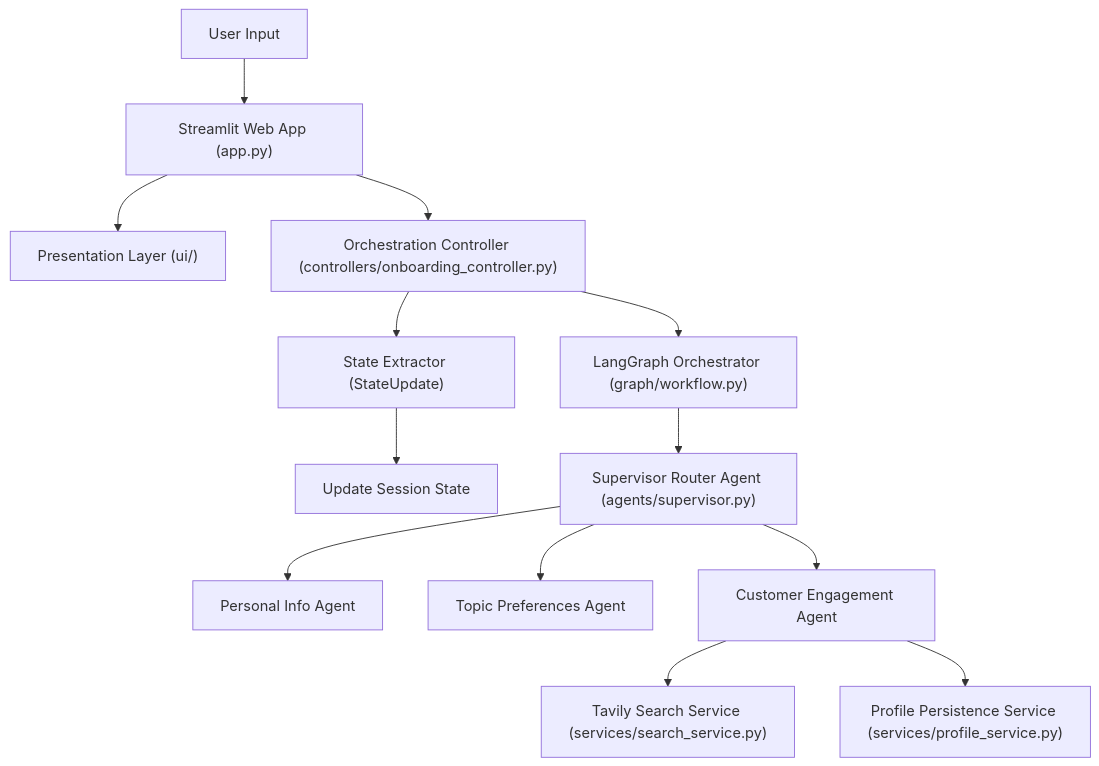
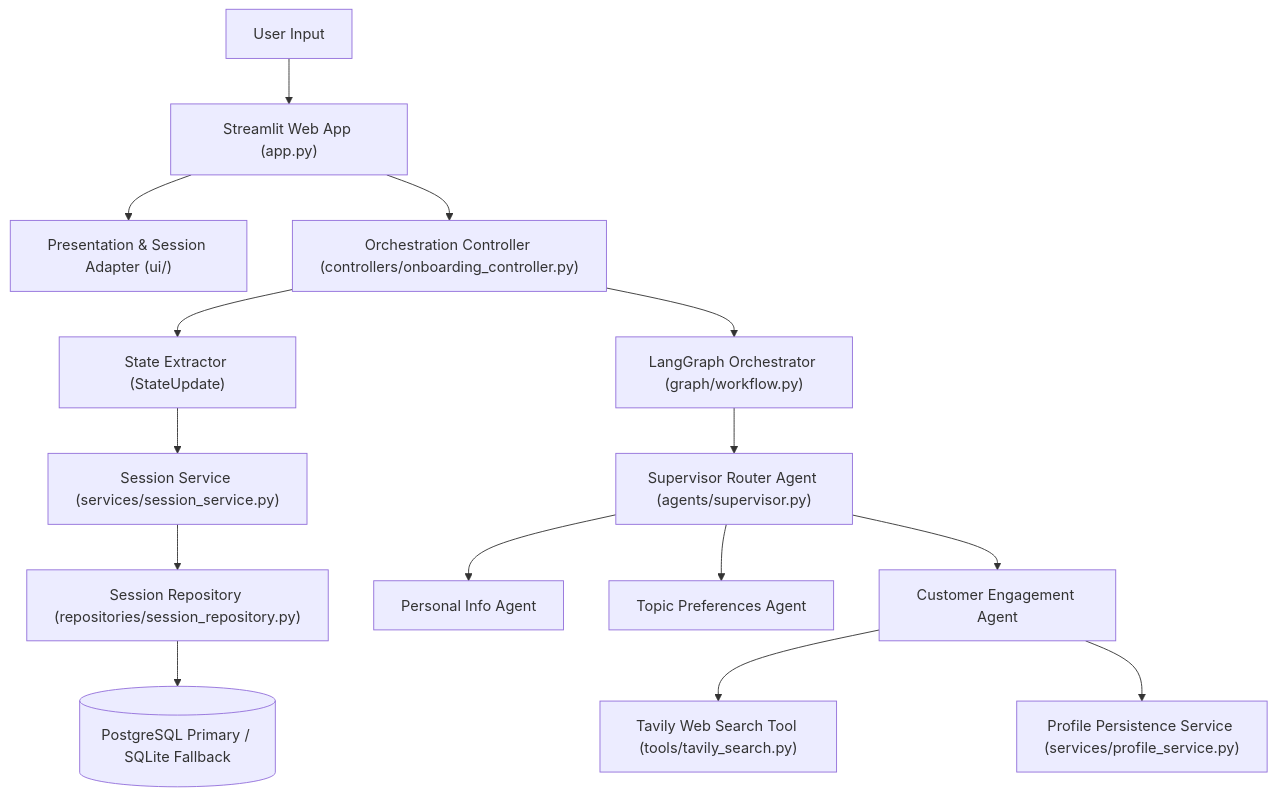
Before and after one commit to gokul-steveai/conversation_agent: the diagram in README.md, drawn with Mermaid. The commit also changed other lines of this file and 41 other files, not shown here.

First line of the commit message:
feat: enterprise async multi-session memory, repository pattern, and agentic web search (#1)

````diff
--- a/README.md
+++ b/README.md
@@ -23,19 +22,22 @@
 ```mermaid
 flowchart TD
     User["User Input"] --> App["Streamlit Web App (app.py)"]
-    App --> UI["Presentation Layer (ui/)"]
+    App --> UI["Presentation & Session Adapter (ui/)"]
     App --> Controller["Orchestration Controller (controllers/onboarding_controller.py)"]
     
     Controller --> StateRefiner["State Extractor (StateUpdate)"]
-    StateRefiner --> StateMutate["Update Session State"]
+    StateRefiner --> SessionSvc["Session Service (services/session_service.py)"]
+    
+    SessionSvc --> SessionRepo["Session Repository (repositories/session_repository.py)"]
+    SessionRepo --> Database[("PostgreSQL Primary / SQLite Fallback")]
     
     Controller --> Graph["LangGraph Orchestrator (graph/workflow.py)"]
     Graph --> Supervisor["Supervisor Router Agent (agents/supervisor.py)"]
     
     Supervisor --> AgentPI["Personal Info Agent"]
     Supervisor --> AgentTP["Topic Preferences Agent"]
     Supervisor --> AgentCE["Customer Engagement Agent"]
     
-    AgentCE --> SearchService["Tavily Search Service (services/search_service.py)"]
+    AgentCE --> SearchTool["Tavily Web Search Tool (tools/tavily_search.py)"]
     AgentCE --> ProfileService["Profile Persistence Service (services/profile_service.py)"]
 ```
````
